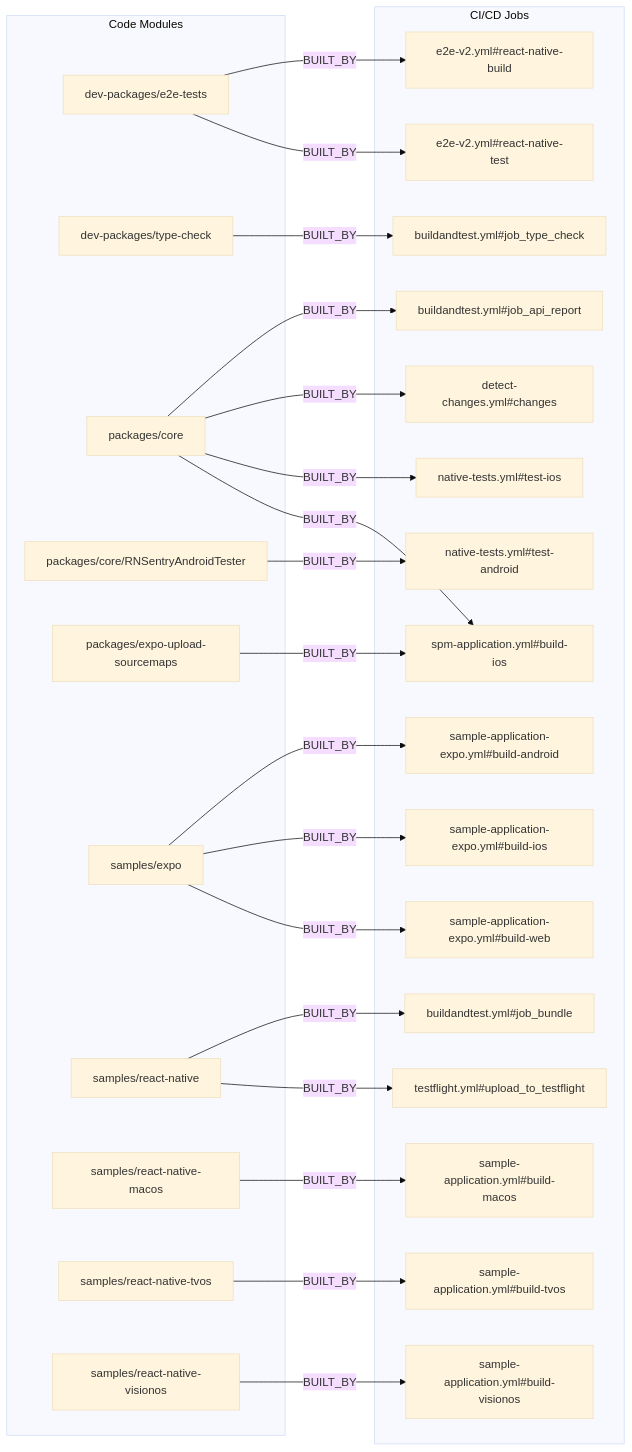
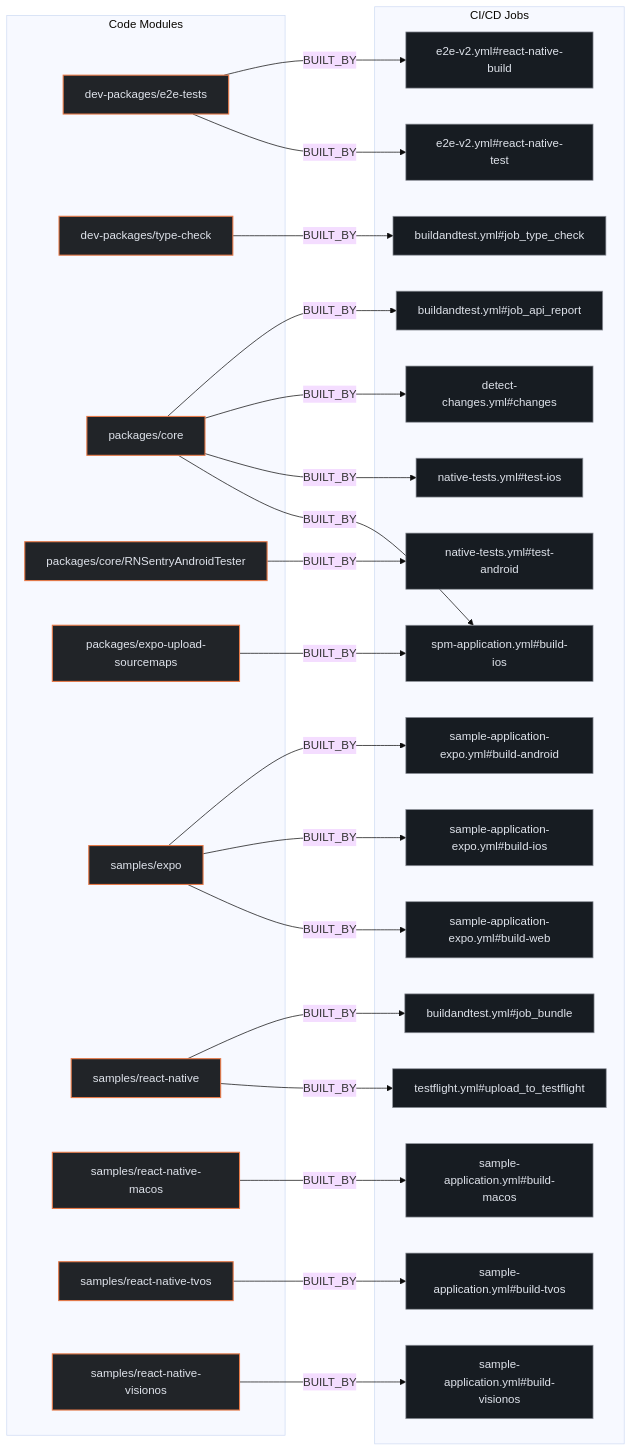
The second of 3 diagrams in exports/latest/reports/getsentry-sentry-react-native-report.md (kumarshaz/atruss-code-atlas), drawn with Mermaid (base theme) before and after one commit. The commit also changed other lines of this file and 331 other files, not shown here.

Commit message:
docs,ui,fix: update SDLC docs, reorder CI/CD DAG first, stylize Mermaid, and fix Arc42 pipeline topology

````diff
--- a/exports/latest/reports/getsentry-sentry-react-native-report.md
+++ b/exports/latest/reports/getsentry-sentry-react-native-report.md
@@ -219,50 +226,54 @@
 ```mermaid
 flowchart LR
+    classDef atlasCategory fill:#212428,stroke:#E87A48,stroke-width:1.5px,color:#dfe3eb
+    classDef atlasWorkflow fill:#1b2026,stroke:#a3c9ff,stroke-width:1.5px,color:#dfe3eb
+    classDef atlasJob fill:#171c22,stroke:#8d9199,stroke-width:1px,color:#dfe3eb
+    classDef atlasTarget fill:#005227,stroke:#8bd99b,stroke-width:1.5px,color:#a7f6b6
     subgraph code_modules["Code Modules"]
-        mod_dev_packages_e2e_tests["dev-packages/e2e-tests"]
-        mod_dev_packages_type_check["dev-packages/type-check"]
-        mod_packages_core["packages/core"]
-        mod_packages_core_RNSentryAndroidTester["packages/core/RNSentryAndroidTester"]
-        mod_packages_expo_upload_sourcemaps["packages/expo-upload-sourcemaps"]
-        mod_samples_expo["samples/expo"]
-        mod_samples_react_native["samples/react-native"]
-        mod_samples_react_native_macos["samples/react-native-macos"]
-        mod_samples_react_native_tvos["samples/react-native-tvos"]
-        mod_samples_react_native_visionos["samples/react-native-visionos"]
+        mod_dev_packages_e2e_tests["dev-packages/e2e-tests"]:::atlasCategory
+        mod_dev_packages_type_check["dev-packages/type-check"]:::atlasCategory
+        mod_packages_core["packages/core"]:::atlasCategory
+        mod_packages_core_RNSentryAndroidTester["packages/core/RNSentryAndroidTester"]:::atlasCategory
+        mod_packages_expo_upload_sourcemaps["packages/expo-upload-sourcemaps"]:::atlasCategory
+        mod_samples_expo["samples/expo"]:::atlasCategory
+        mod_samples_react_native["samples/react-native"]:::atlasCategory
+        mod_samples_react_native_macos["samples/react-native-macos"]:::atlasCategory
+        mod_samples_react_native_tvos["samples/react-native-tvos"]:::atlasCategory
+        mod_samples_react_native_visionos["samples/react-native-visionos"]:::atlasCategory
     end
     subgraph ci_jobs["CI/CD Jobs"]
-        job_buildandtest_yml_job_api_report["buildandtest.yml#job_api_report"]
-        job_buildandtest_yml_job_bundle["buildandtest.yml#job_bundle"]
-        job_buildandtest_yml_job_type_check["buildandtest.yml#job_type_check"]
-        job_detect_changes_yml_changes["detect-changes.yml#changes"]
-        job_e2e_v2_yml_react_native_build["e2e-v2.yml#react-native-build"]
-        job_e2e_v2_yml_react_native_test["e2e-v2.yml#react-native-test"]
-        job_native_tests_yml_test_android["native-tests.yml#test-android"]
-        job_native_tests_yml_test_ios["native-tests.yml#test-ios"]
-        job_sample_application_expo_yml_build_android["sample-application-expo.yml#build-android"]
-        job_sample_application_expo_yml_build_ios["sample-application-expo.yml#build-ios"]
-        job_sample_application_expo_yml_build_web["sample-application-expo.yml#build-web"]
-        job_sample_application_yml_build_macos["sample-application.yml#build-macos"]
-        job_sample_application_yml_build_tvos["sample-application.yml#build-tvos"]
-        job_sample_application_yml_build_visionos["sample-application.yml#build-visionos"]
-        job_spm_application_yml_build_ios["spm-application.yml#build-ios"]
-        job_testflight_yml_upload_to_testflight["testflight.yml#upload_to_testflight"]
+        job_buildandtest_yml_job_api_report["buildandtest.yml#job_api_report"]:::atlasJob
+        job_buildandtest_yml_job_bundle["buildandtest.yml#job_bundle"]:::atlasJob
+        job_buildandtest_yml_job_type_check["buildandtest.yml#job_type_check"]:::atlasJob
+        job_detect_changes_yml_changes["detect-changes.yml#changes"]:::atlasJob
+        job_e2e_v2_yml_react_native_build["e2e-v2.yml#react-native-build"]:::atlasJob
+        job_e2e_v2_yml_react_native_test["e2e-v2.yml#react-native-test"]:::atlasJob
+        job_native_tests_yml_test_android["native-tests.yml#test-android"]:::atlasJob
+        job_native_tests_yml_test_ios["native-tests.yml#test-ios"]:::atlasJob
+        job_sample_application_expo_yml_build_android["sample-application-expo.yml#build-android"]:::atlasJob
+        job_sample_application_expo_yml_build_ios["sample-application-expo.yml#build-ios"]:::atlasJob
+        job_sample_application_expo_yml_build_web["sample-application-expo.yml#build-web"]:::atlasJob
+        job_sample_application_yml_build_macos["sample-application.yml#build-macos"]:::atlasJob
+        job_sample_application_yml_build_tvos["sample-application.yml#build-tvos"]:::atlasJob
+        job_sample_application_yml_build_visionos["sample-application.yml#build-visionos"]:::atlasJob
+        job_spm_application_yml_build_ios["spm-application.yml#build-ios"]:::atlasJob
+        job_testflight_yml_upload_to_testflight["testflight.yml#upload_to_testflight"]:::atlasJob
     end
     mod_dev_packages_e2e_tests -->|BUILT_BY| job_e2e_v2_yml_react_native_build
     mod_dev_packages_e2e_tests -->|BUILT_BY| job_e2e_v2_yml_react_native_test
     mod_dev_packages_type_check -->|BUILT_BY| job_buildandtest_yml_job_type_check
     mod_packages_core -->|BUILT_BY| job_buildandtest_yml_job_api_report
     mod_packages_core -->|BUILT_BY| job_detect_changes_yml_changes
     mod_packages_core -->|BUILT_BY| job_native_tests_yml_test_ios
     mod_packages_core -->|BUILT_BY| job_spm_application_yml_build_ios
     mod_packages_core_RNSentryAndroidTester -->|BUILT_BY| job_native_tests_yml_test_android
     mod_packages_expo_upload_sourcemaps -->|BUILT_BY| job_spm_application_yml_build_ios
     mod_samples_expo -->|BUILT_BY| job_sample_application_expo_yml_build_android
     mod_samples_expo -->|BUILT_BY| job_sample_application_expo_yml_build_ios
     mod_samples_expo -->|BUILT_BY| job_sample_application_expo_yml_build_web
     mod_samples_react_native -->|BUILT_BY| job_buildandtest_yml_job_bundle
     mod_samples_react_native -->|BUILT_BY| job_testflight_yml_upload_to_testflight
     mod_samples_react_native_macos -->|BUILT_BY| job_sample_application_yml_build_macos
     mod_samples_react_native_tvos -->|BUILT_BY| job_sample_application_yml_build_tvos
     mod_samples_react_native_visionos -->|BUILT_BY| job_sample_application_yml_build_visionos
 ```
````
